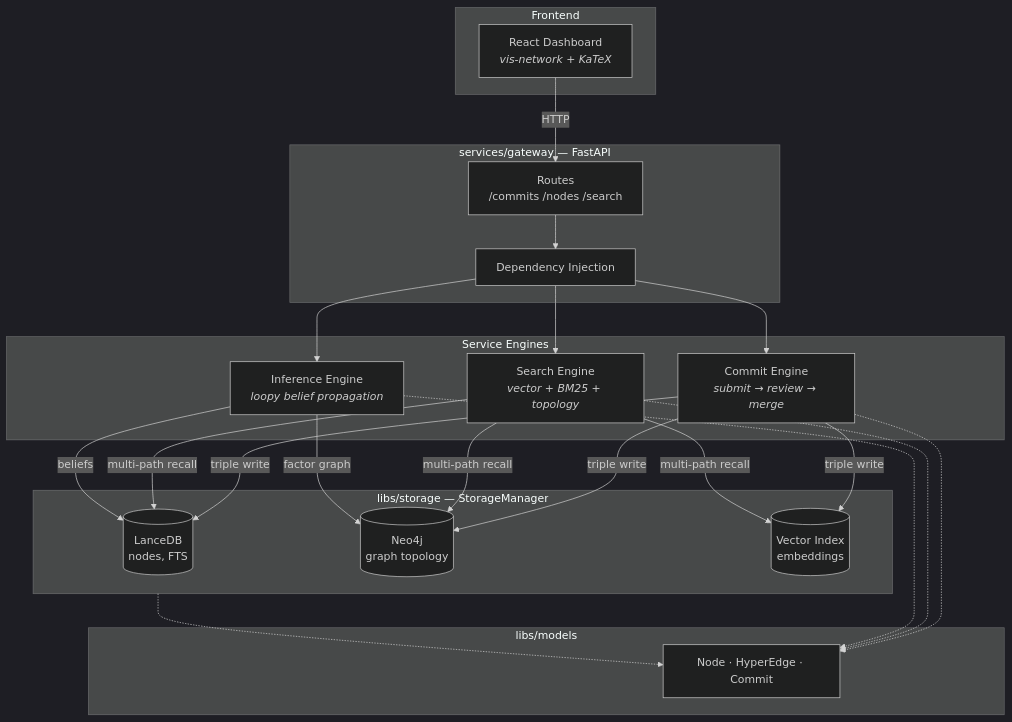
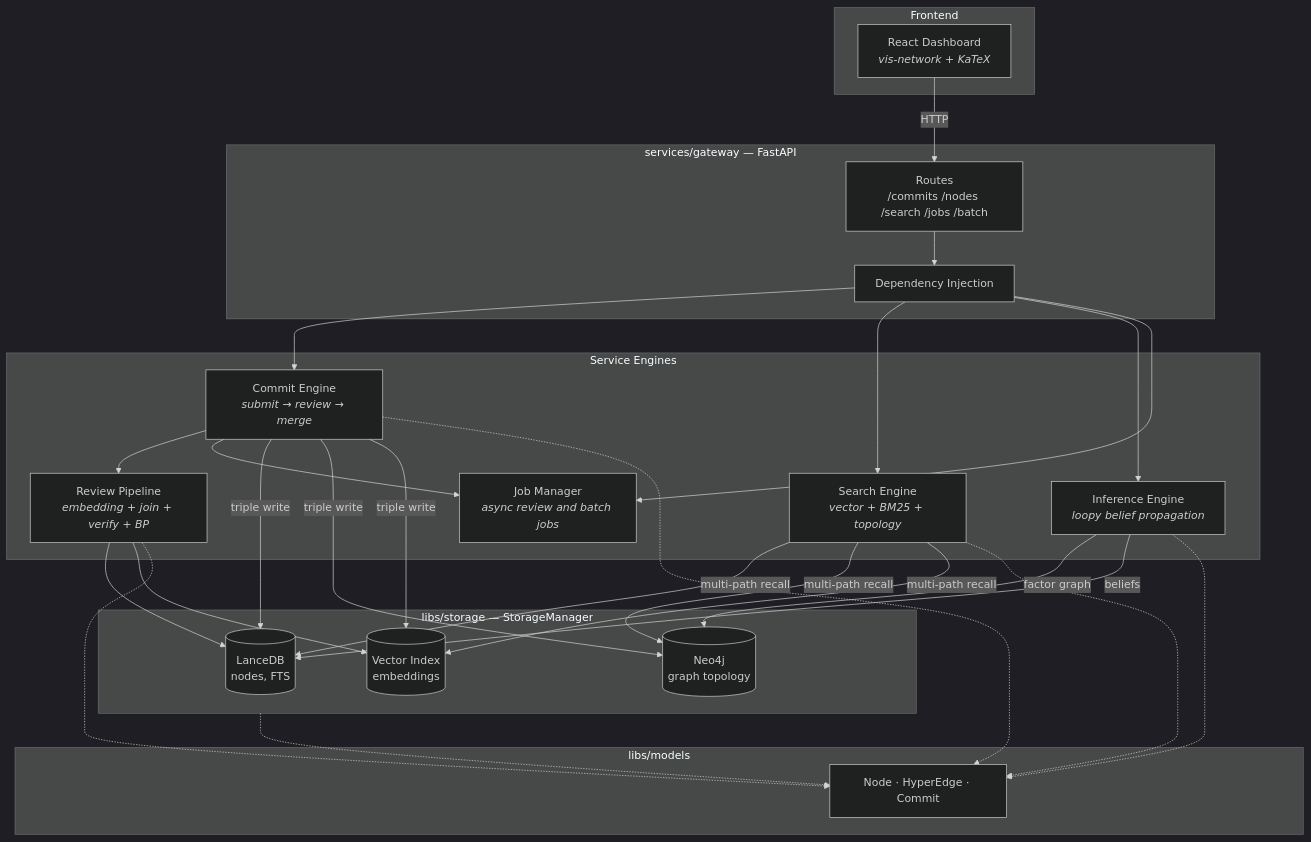
Before and after one commit to SiliconEinstein/Gaia: the diagram in README.md, drawn with Mermaid (dark theme). The commit also changed other lines of this file and 6 other files, not shown here.

````diff
--- a/README.md
+++ b/README.md
@@ -32,37 +34,42 @@
 ```mermaid
 graph TB
     subgraph Frontend
         UI[React Dashboard<br><i>vis-network + KaTeX</i>]
     end
 
     subgraph Gateway["services/gateway — FastAPI"]
-        Routes[Routes<br>/commits /nodes /search]
+        Routes[Routes<br>/commits /nodes /search /jobs /batch]
         DI[Dependency Injection]
     end
 
     subgraph Engines["Service Engines"]
         CE[Commit Engine<br><i>submit → review → merge</i>]
         SE[Search Engine<br><i>vector + BM25 + topology</i>]
         IE[Inference Engine<br><i>loopy belief propagation</i>]
+        RP[Review Pipeline<br><i>embedding + join + verify + BP</i>]
+        JM[Job Manager<br><i>async review and batch jobs</i>]
     end
 
     subgraph Storage["libs/storage — StorageManager"]
         Lance[(LanceDB<br>nodes, FTS)]
         Neo4j[(Neo4j<br>graph topology)]
         Vec[(Vector Index<br>embeddings)]
     end
 
     subgraph Models["libs/models"]
         M[Node · HyperEdge · Commit]
     end
 
     UI -- HTTP --> Routes
     Routes --> DI
-    DI --> CE & SE & IE
+    DI --> CE & SE & IE & JM
+    CE --> RP
+    CE --> JM
     CE -- triple write --> Lance & Neo4j & Vec
     SE -- multi-path recall --> Lance & Neo4j & Vec
     IE -- factor graph --> Neo4j
     IE -- beliefs --> Lance
-    CE & SE & IE -.-> M
+    RP --> Lance & Vec
+    CE & SE & IE & RP -.-> M
     Storage -.-> M
 ```
````
